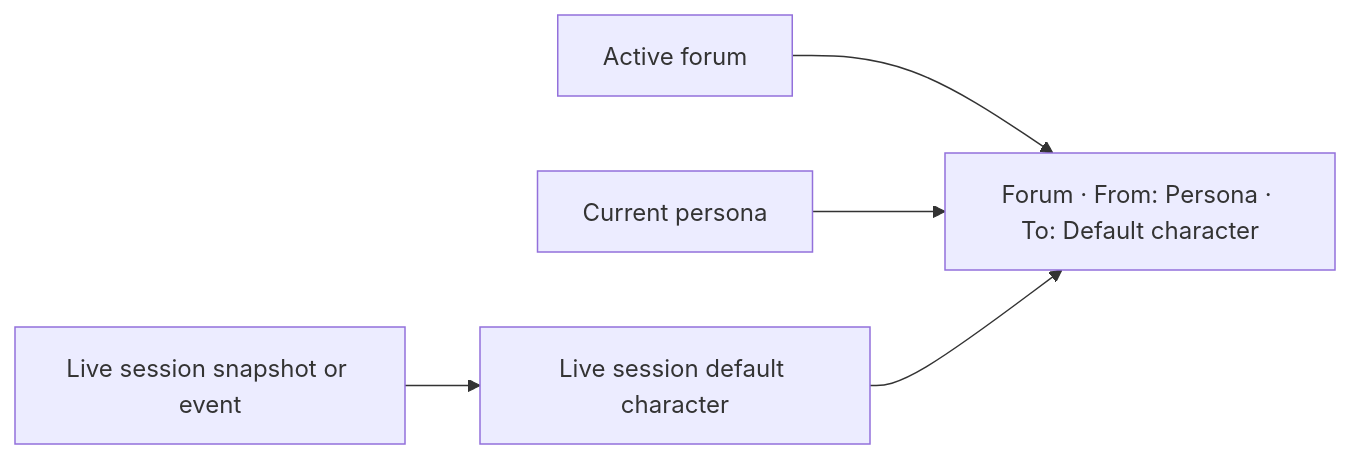
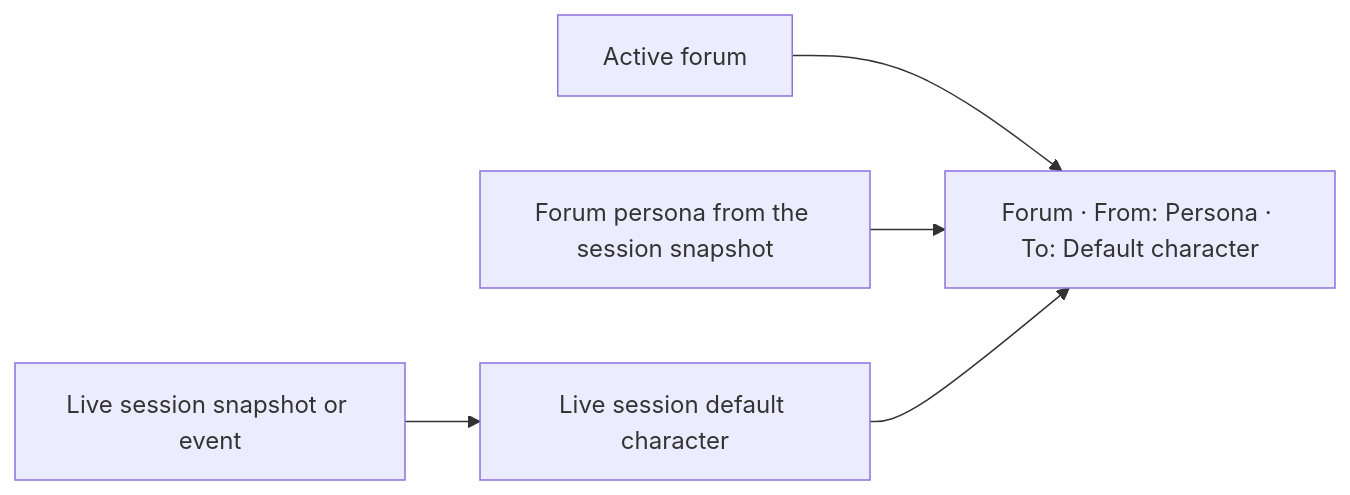
The fifth of 6 diagrams in docs/web-ui/flows.md (michaelpopov/cha), drawn with Mermaid before and after one commit. The commit also changed other lines of this file and 51 other files, not shown here.

Commit message:
Making persona forum level

````diff
--- a/docs/web-ui/flows.md
+++ b/docs/web-ui/flows.md
@@ -70,7 +70,7 @@
 ```mermaid
 flowchart LR
     Forum["Active forum"] --> Status["Forum · From: Persona · To: Default character"]
-    Persona["Current persona"] --> Status
+    Persona["Forum persona from the session snapshot"] --> Status
     Default["Live session default character"] --> Status
     Snapshot["Live session snapshot or event"] --> Default
 ```
````
